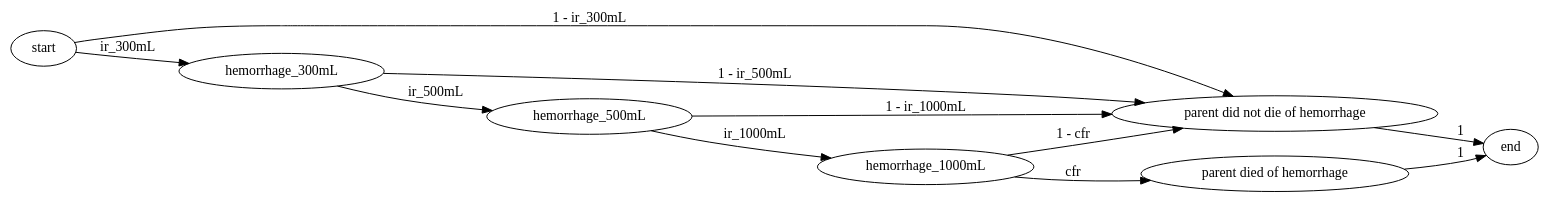
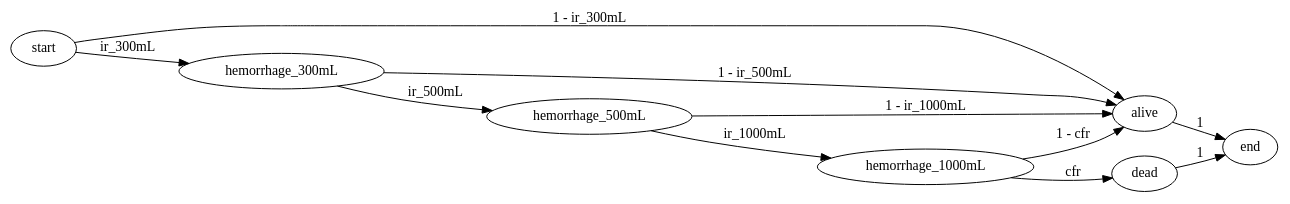
One commit to ihmeuw/vivarium_research changed the diagram in docs/source/models/causes/maternal_disorders/gbd_2021_mncnh/postpartum_hemorrhage.rst. Above: the diagram before and after it, drawn with Graphviz.

Commit message:
Remove labels

```diff
--- a/docs/source/models/causes/maternal_disorders/gbd_2021_mncnh/postpartum_hemorrhage.rst
+++ b/docs/source/models/causes/maternal_disorders/gbd_2021_mncnh/postpartum_hemorrhage.rst
@@ -168,20 +168,20 @@
 .. graphviz::
 
     digraph hemorrhage_decisions {
         rankdir = LR;
-        start [label="start"]
-        end [label="end"]
-        alive [label="parent did not die of hemorrhage"]
-        dead [label="parent died of hemorrhage"]
+        start
+        end
+        alive
+        dead
 
         start -> alive [label = "1 - ir_300mL"]
         start -> hemorrhage_300mL [label = "ir_300mL"]
         hemorrhage_300mL -> alive [label = "1 - ir_500mL"]
         hemorrhage_300mL -> hemorrhage_500mL [label = "ir_500mL"]
         hemorrhage_500mL -> alive [label = "1 - ir_1000mL"]
         hemorrhage_500mL -> hemorrhage_1000mL [label = "ir_1000mL"]
         hemorrhage_1000mL -> alive [label = "1 - cfr"]
         hemorrhage_1000mL -> dead [label = "cfr"]
         alive -> end  [label = "1"]
         dead -> end  [label = "1"]
     }
```
